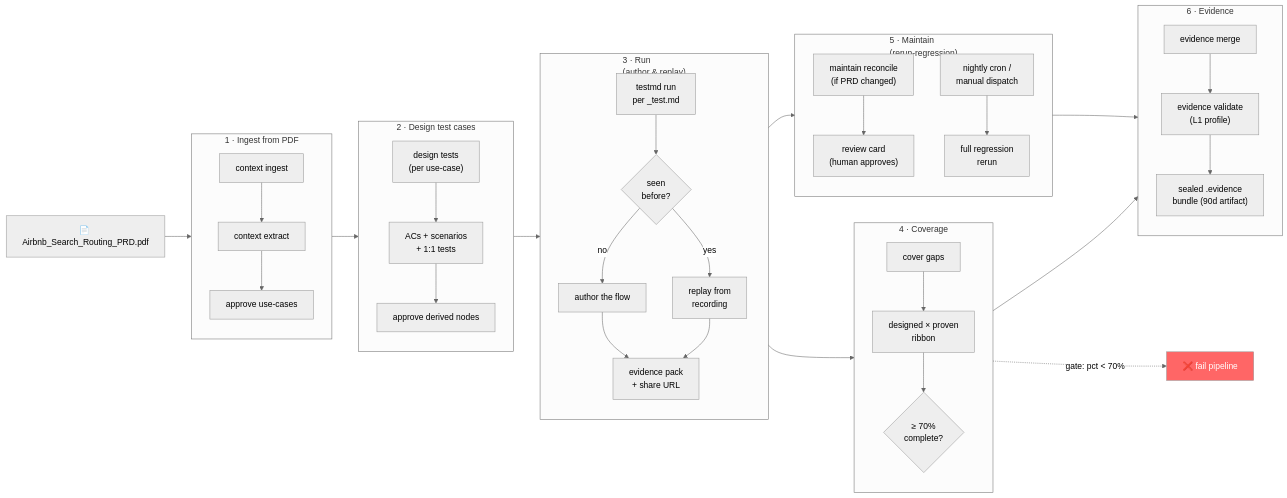
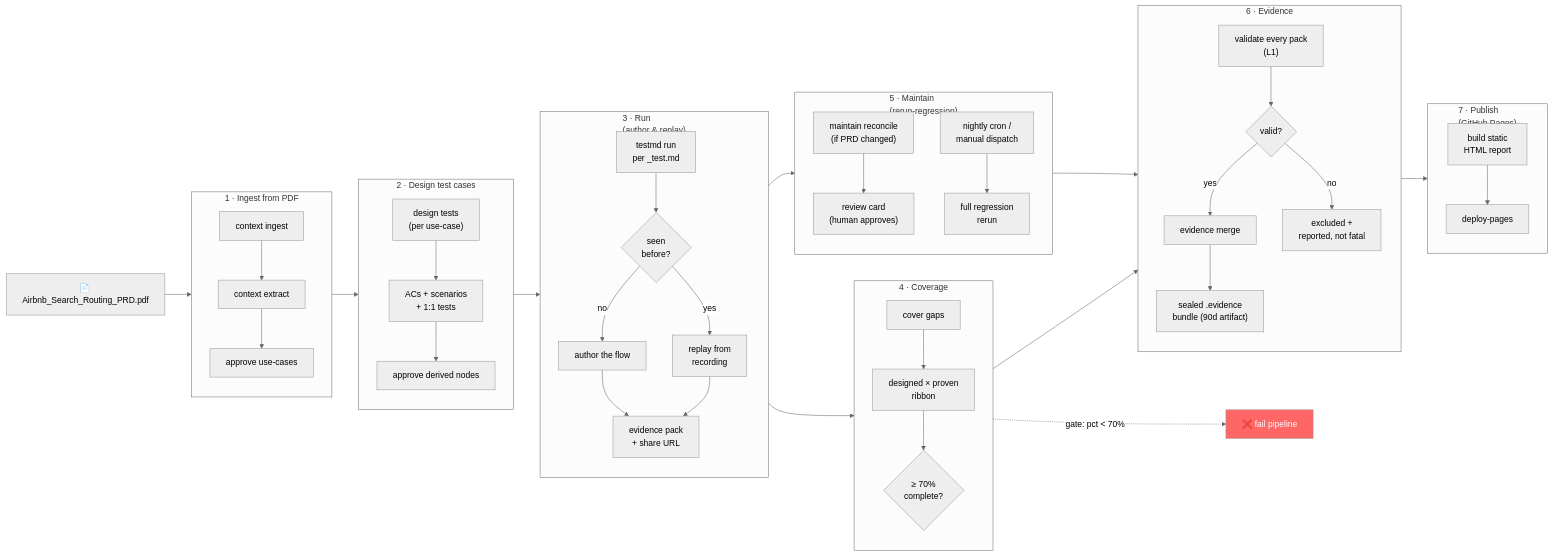
Before and after one commit to mayank2193/ASSURANCEFLOW: the diagram in README.md, drawn with Mermaid (neutral theme). The commit also changed other lines of this file and 4 other files, not shown here.

First line of the commit message:
Fix evidence merge L1 abort; publish evidence report to GitHub Pages

````diff
--- a/README.md
+++ b/README.md
@@ -20,45 +20,53 @@
 ```mermaid
 flowchart LR
     PDF["📄 Airbnb_Search_Routing_PRD.pdf"]
 
     subgraph S1["1 · Ingest from PDF"]
         direction TB
         A1["context ingest"] --> A2["context extract"] --> A3["approve use-cases"]
     end
 
     subgraph S2["2 · Design test cases"]
         direction TB
         B1["design tests\n(per use-case)"] --> B2["ACs + scenarios\n+ 1:1 tests"] --> B3["approve derived nodes"]
     end
 
     subgraph S3["3 · Run\n(author & replay)"]
         direction TB
         C1["testmd run\nper _test.md"] --> C2{"seen\nbefore?"}
         C2 -->|no| C3["author the flow"]
         C2 -->|yes| C4["replay from\nrecording"]
         C3 --> C5["evidence pack\n+ share URL"]
         C4 --> C5
     end
 
     subgraph S4["4 · Coverage"]
         direction TB
         D1["cover gaps"] --> D2["designed × proven\nribbon"] --> D3{"≥ 70%\ncomplete?"}
     end
 
     subgraph S5["5 · Maintain\n(rerun-regression)"]
         direction TB
         E1["maintain reconcile\n(if PRD changed)"] --> E2["review card\n(human approves)"]
         E3["nightly cron /\nmanual dispatch"] --> E4["full regression\nrerun"]
     end
 
     subgraph S6["6 · Evidence"]
         direction TB
-        F1["evidence merge"] --> F2["evidence validate\n(L1 profile)"] --> F3["sealed .evidence\nbundle (90d artifact)"]
+        F1["validate every pack\n(L1)"] --> F2{"valid?"}
+        F2 -->|yes| F3["evidence merge"]
+        F2 -->|no| F4["excluded +\nreported, not fatal"]
+        F3 --> F5["sealed .evidence\nbundle (90d artifact)"]
+    end
+
+    subgraph S7["7 · Publish\n(GitHub Pages)"]
+        direction TB
+        G1["build static\nHTML report"] --> G2["deploy-pages"]
     end
 
     PDF --> S1 --> S2 --> S3 --> S4 --> S6
     S4 -.gate: pct < 70%.-> X["❌ fail pipeline"]
-    S3 --> S5 --> S6
+    S3 --> S5 --> S6 --> S7
 
     style X fill:#f66,color:#fff
 ```
````
